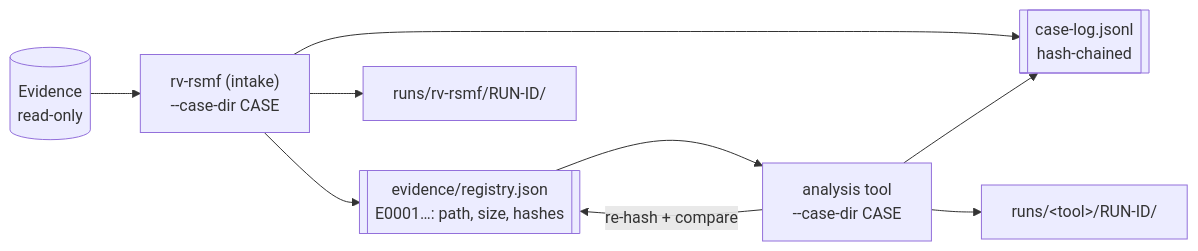
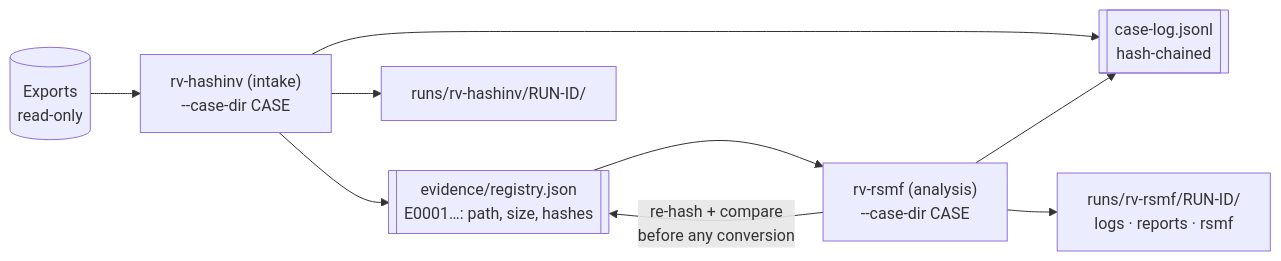
Before and after one commit to Panacota96/rv-rsmf: the first of 4 diagrams in docs/case-folder.md, drawn with Mermaid. The commit also changed other lines of this file and 12 other files, not shown here.

First line of the commit message:
docs: rewrite README and docs for the RSMF conversion domain

````diff
--- a/docs/case-folder.md
+++ b/docs/case-folder.md
@@ -9,11 +10,11 @@
 ```mermaid
 flowchart LR
-    E[(Evidence<br/>read-only)] --> H["rv-rsmf (intake)<br/>--case-dir CASE"]
+    E[(Exports<br/>read-only)] --> H["rv-hashinv (intake)<br/>--case-dir CASE"]
     H --> R[["evidence/registry.json<br/>E0001…: path, size, hashes"]]
     H --> CL[["case-log.jsonl<br/>hash-chained"]]
-    R --> P["analysis tool<br/>--case-dir CASE"]
-    P -->|re-hash + compare| R
+    R --> P["rv-rsmf (analysis)<br/>--case-dir CASE"]
+    P -->|re-hash + compare<br/>before any conversion| R
     P --> CL
-    H --> RH["runs/rv-rsmf/RUN-ID/"]
-    P --> RP["runs/&lt;tool&gt;/RUN-ID/"]
+    H --> RH["runs/rv-hashinv/RUN-ID/"]
+    P --> RP["runs/rv-rsmf/RUN-ID/<br/>logs · reports · rsmf"]
 ```
````
